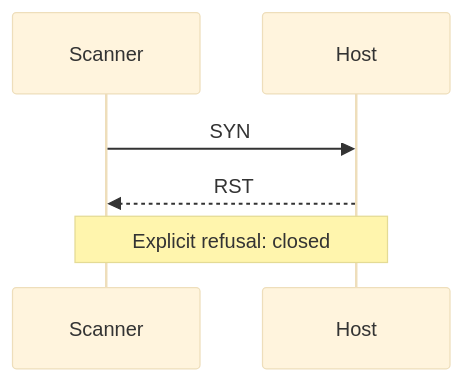
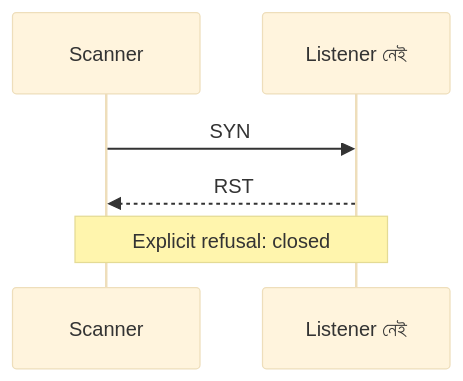
One commit to shomi-khan/red-blue-lab changed the second of 5 diagrams in chapters/03-whos-listening/README.md. Above: the diagram before and after it, drawn with Mermaid (base theme). The commit also changed other lines of this file, not shown here.

````diff
--- a/chapters/03-whos-listening/README.md
+++ b/chapters/03-whos-listening/README.md
@@ -62,8 +54,8 @@
 ```mermaid
 sequenceDiagram
-    participant Scanner
-    participant Host
-    Scanner->>Host: SYN
-    Host-->>Scanner: RST
-    Note over Scanner,Host: Explicit refusal: closed
+    participant C as Scanner
+    participant H as Listener নেই
+    C->>H: SYN
+    H-->>C: RST
+    Note over C,H: Explicit refusal: closed
 ```
````
